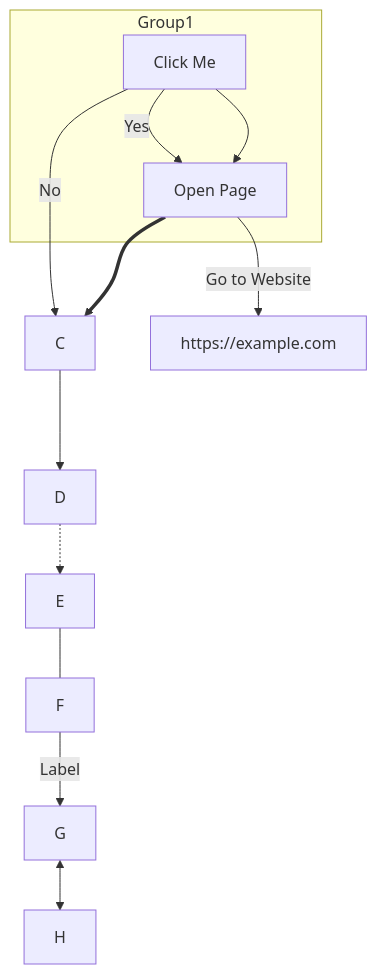
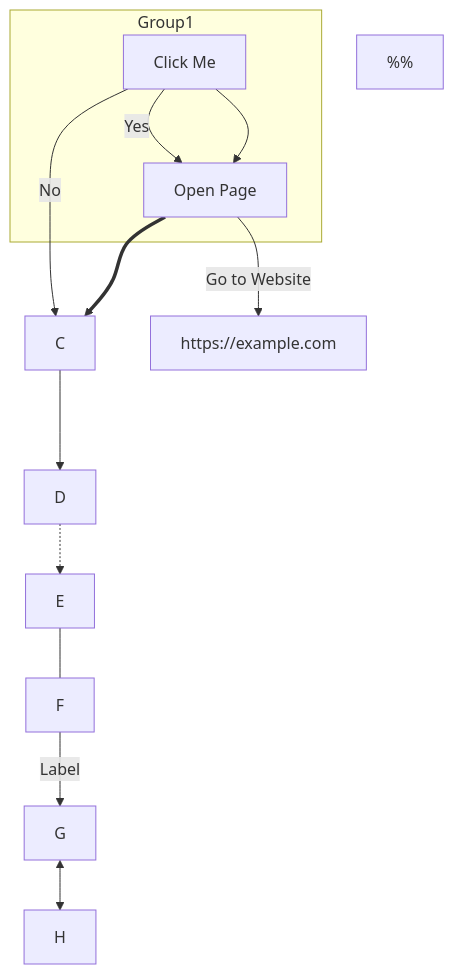
One commit to MeRezaRezaei/Mermaid-Cheat-Sheet changed the diagram in Graph.mmd. Above: the diagram before and after it, drawn with Mermaid.

```diff
--- a/Graph.mmd
+++ b/Graph.mmd
@@ -1,21 +1,42 @@
 graph TD
     A[Click Me] --> B[Open Page]
     A:::green
     class A green;
 
     B ==> C
     C ---> D
     D -.-> E
     E --- F
     F -->|Label| G
     G <--> H
 
     subgraph Group1
         A
         B
     end
 
     A -->|Yes| B
     A -->|No| C
 
     B -->|Go to Website| https://example.com
+
+    %% Explanation of the graph:
+    %% 1. The graph direction is 'TD' (Top Down).
+    %% 2. Nodes are connected using different types of edges:
+    %%    - '-->' for normal arrows (e.g., A --> B)
+    %%    - '==>' for thicker arrows (e.g., B ==> C)
+    %%    - '--->' for dashed arrows (e.g., C ---> D)
+    %%    - '-.->' for dotted arrows (e.g., D -.-> E)
+    %%    - '---' for dashed lines (e.g., E --- F)
+    %%    - '-->' with a label for labeled arrows (e.g., F -->|Label| G)
+    %%    - '<-->' for bidirectional arrows (e.g., G <--> H)
+    %%
+    %% 3. The 'subgraph' keyword is used to group nodes A and B together in 'Group1'.
+    %% 4. Conditional edges are shown as 'Yes' and 'No' options from node A:
+    %%    - A -->|Yes| B
+    %%    - A -->|No| C
+    %%
+    %% 5. The graph contains an external link:
+    %%    - B -->|Go to Website| https://example.com
+    %%
+    %% 6. The class 'green' is applied to node A, changing its appearance.
```
